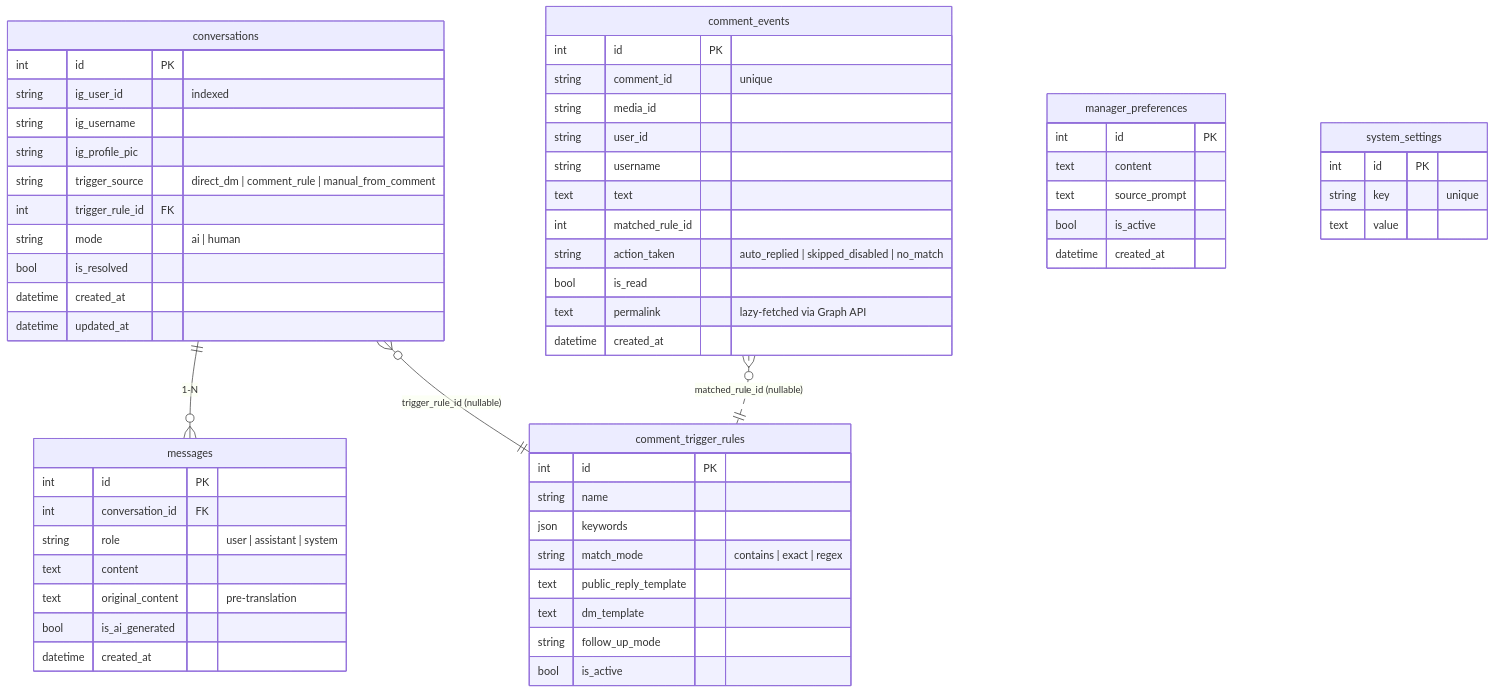
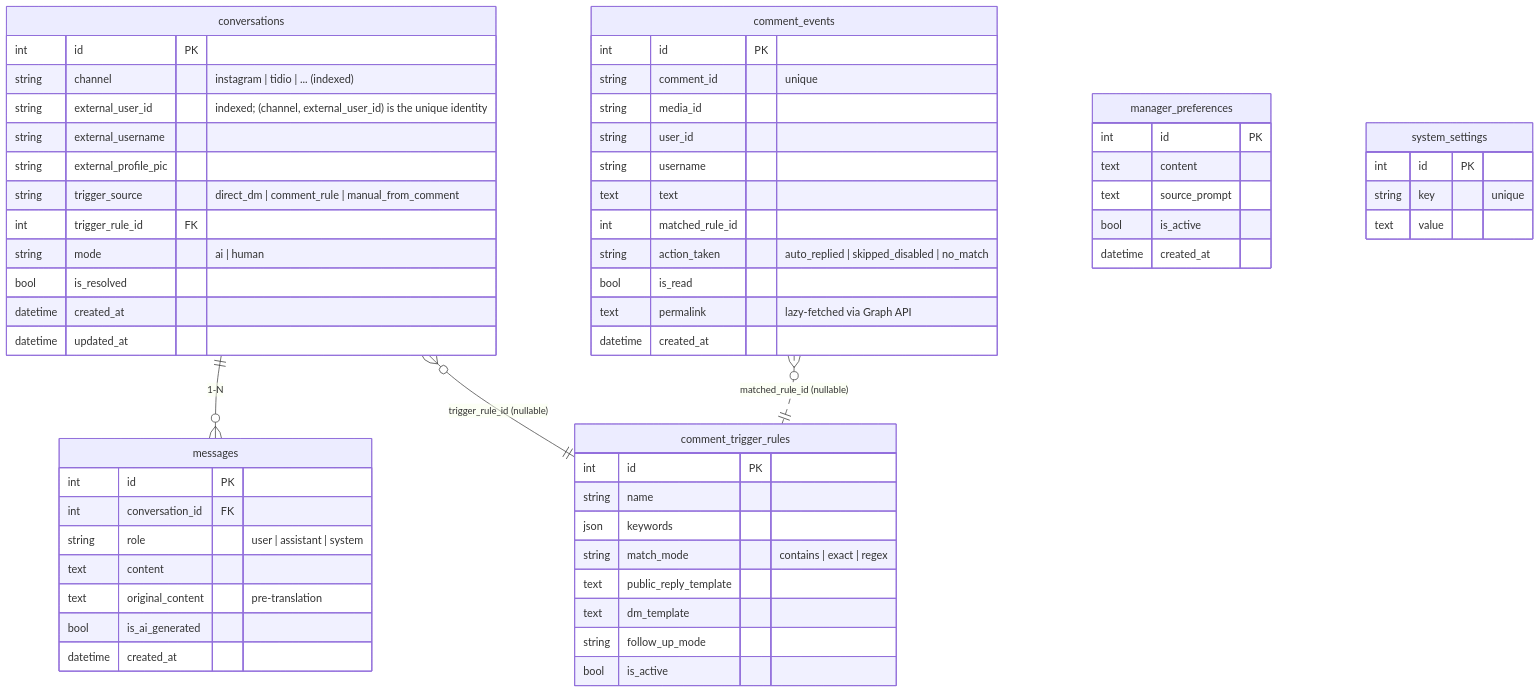
The sixth of 6 diagrams in docs/ARCHITECTURE.md (WeilisAdventure/InstagramBot), drawn with Mermaid before and after one commit. The commit also changed other lines of this file and 24 other files, not shown here.

First line of the commit message:
Move instagram under channels/ + add channel column

````diff
--- a/docs/ARCHITECTURE.md
+++ b/docs/ARCHITECTURE.md
@@ -252,68 +253,69 @@
 ```mermaid
 erDiagram
     conversations ||--o{ messages : "1-N"
     conversations }o--|| comment_trigger_rules : "trigger_rule_id (nullable)"
     comment_events }o..|| comment_trigger_rules : "matched_rule_id (nullable)"
 
     conversations {
         int id PK
-        string ig_user_id "indexed"
-        string ig_username
-        string ig_profile_pic
+        string channel "instagram | tidio | ... (indexed)"
+        string external_user_id "indexed; (channel, external_user_id) is the unique identity"
+        string external_username
+        string external_profile_pic
         string trigger_source "direct_dm | comment_rule | manual_from_comment"
         int trigger_rule_id FK
         string mode "ai | human"
         bool is_resolved
         datetime created_at
         datetime updated_at
     }
 
     messages {
         int id PK
         int conversation_id FK
         string role "user | assistant | system"
         text content
         text original_content "pre-translation"
         bool is_ai_generated
         datetime created_at
     }
 
     comment_trigger_rules {
         int id PK
         string name
         json keywords
         string match_mode "contains | exact | regex"
         text public_reply_template
         text dm_template
         string follow_up_mode
         bool is_active
     }
 
     comment_events {
         int id PK
         string comment_id "unique"
         string media_id
         string user_id
         string username
         text text
         int matched_rule_id
         string action_taken "auto_replied | skipped_disabled | no_match"
         bool is_read
         text permalink "lazy-fetched via Graph API"
         datetime created_at
     }
 
     manager_preferences {
         int id PK
         text content
         text source_prompt
         bool is_active
         datetime created_at
     }
 
     system_settings {
         int id PK
         string key "unique"
         text value
     }
 ```
````
